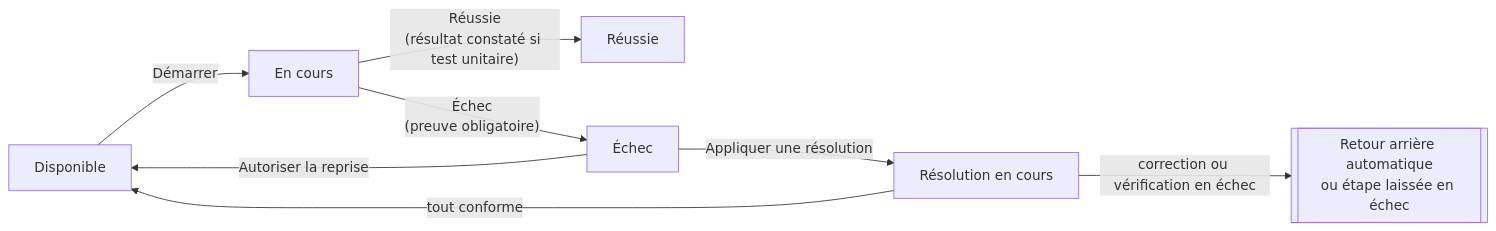
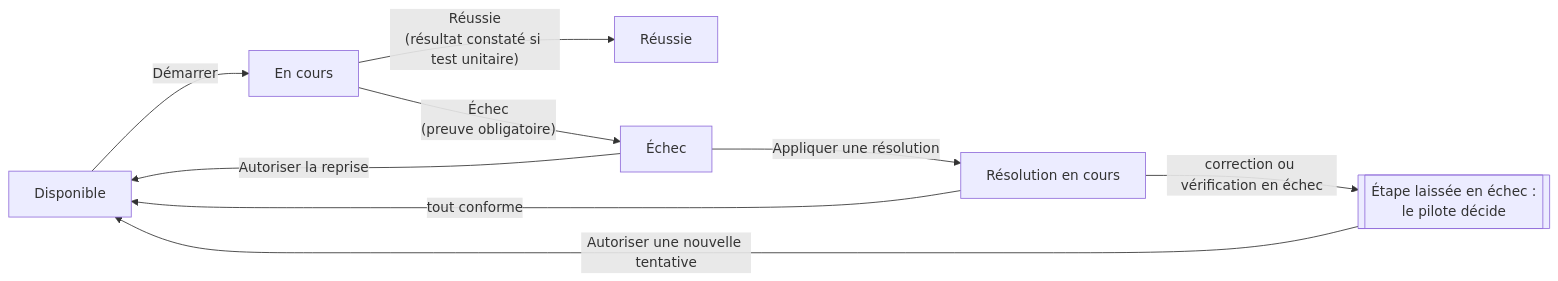
One commit to SolaDevSolide/gestion-mep changed the diagram in docs/Exécuter-une-MEP.md. Above: the diagram before and after it, drawn with Mermaid. The commit also changed other lines of this file and 93 other files, not shown here.

````diff
--- a/docs/Exécuter-une-MEP.md
+++ b/docs/Exécuter-une-MEP.md
@@ -38,10 +38,11 @@
 ```mermaid
 flowchart LR
     A[Disponible] -- Démarrer --> B[En cours]
     B -- "Réussie<br/>(résultat constaté si test unitaire)" --> C[Réussie]
     B -- "Échec<br/>(preuve obligatoire)" --> D[Échec]
     D -- Appliquer une résolution --> E[Résolution en cours]
     E -- tout conforme --> A
-    E -- correction ou vérification en échec --> F[[Retour arrière automatique<br/>ou étape laissée en échec]]
+    E -- correction ou vérification en échec --> F[[Étape laissée en échec :<br/>le pilote décide]]
     D -- Autoriser la reprise --> A
+    F -- Autoriser une nouvelle tentative --> A
 ```
````
